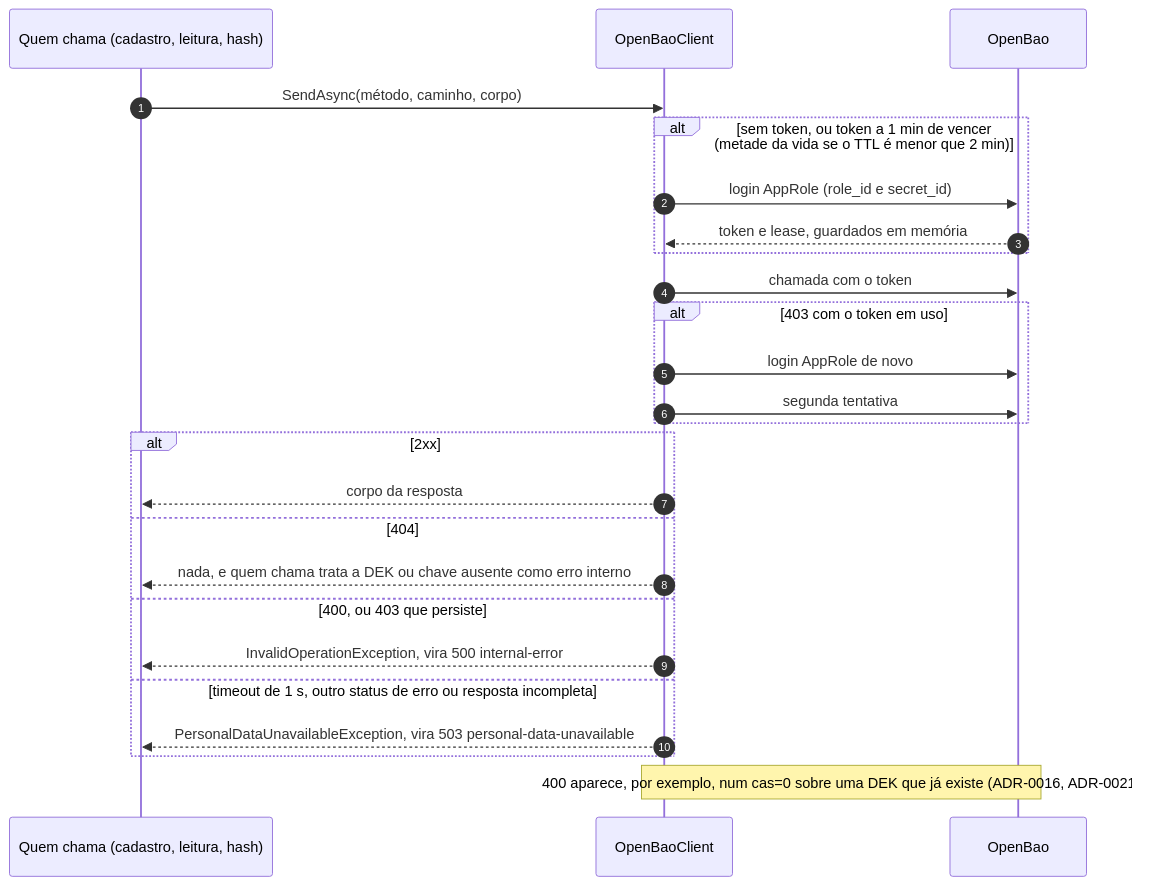
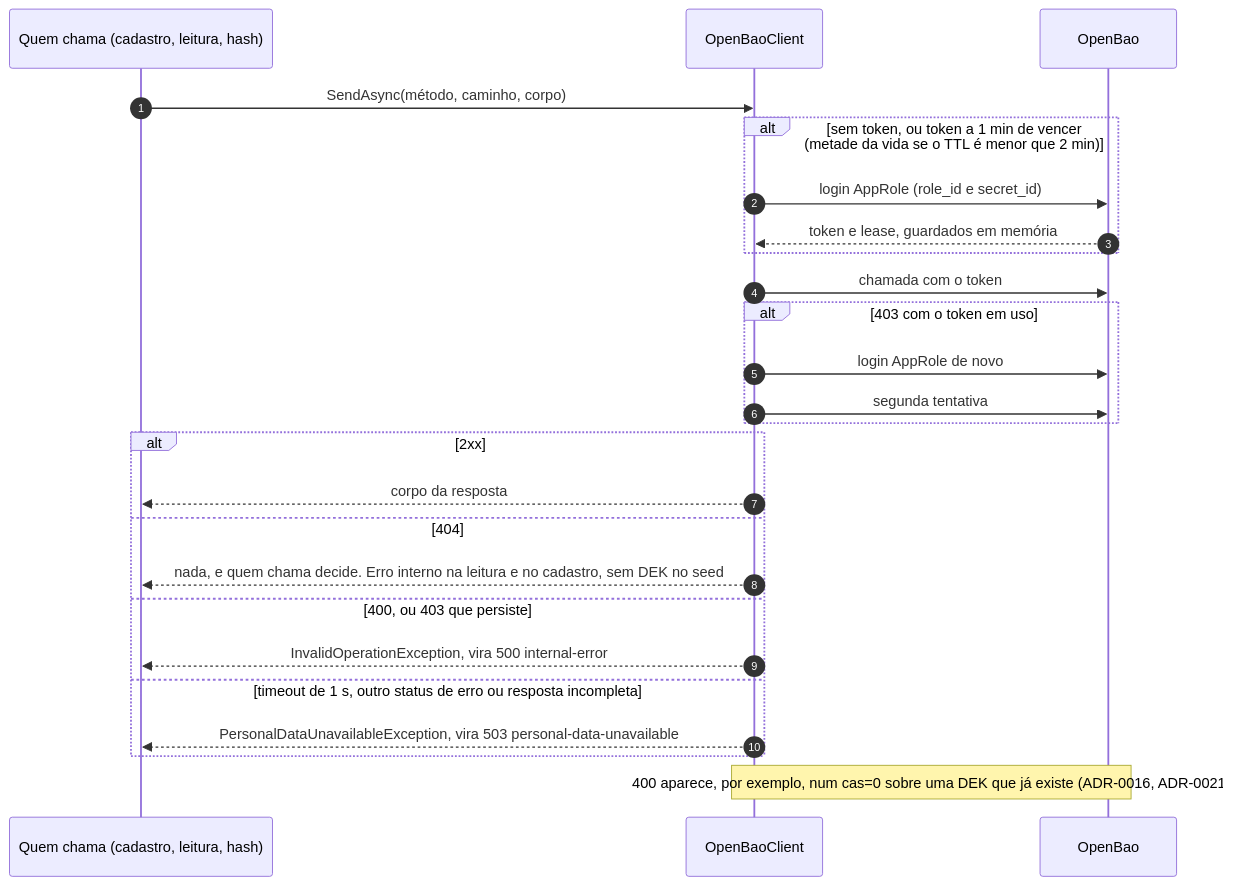
One commit to arthuurw/desafio-arquiteto-keyrus changed the third of 5 diagrams in docs/arquitetura/fluxos-customers.md. Above: the diagram before and after it, drawn with Mermaid. The commit also changed other lines of this file and 2 other files, not shown here.

First line of the commit message:
docs(fluxos): close the second flow check against HEAD

````diff
--- a/docs/arquitetura/fluxos-customers.md
+++ b/docs/arquitetura/fluxos-customers.md
@@ -138,28 +137,28 @@
 ```mermaid
 sequenceDiagram
   autonumber
   participant U as Quem chama (cadastro, leitura, hash)
   participant OB as OpenBaoClient
   participant V as OpenBao
 
   U->>OB: SendAsync(método, caminho, corpo)
   alt sem token, ou token a 1 min de vencer (metade da vida se o TTL é menor que 2 min)
     OB->>V: login AppRole (role_id e secret_id)
     V-->>OB: token e lease, guardados em memória
   end
   OB->>V: chamada com o token
   alt 403 com o token em uso
     OB->>V: login AppRole de novo
     OB->>V: segunda tentativa
   end
   alt 2xx
     OB-->>U: corpo da resposta
   else 404
-    OB-->>U: nada, e quem chama trata a DEK ou chave ausente como erro interno
+    OB-->>U: nada, e quem chama decide. Erro interno na leitura e no cadastro, sem DEK no seed
   else 400, ou 403 que persiste
     OB-->>U: InvalidOperationException, vira 500 internal-error
   else timeout de 1 s, outro status de erro ou resposta incompleta
     OB-->>U: PersonalDataUnavailableException, vira 503 personal-data-unavailable
   end
   Note over OB,V: 400 aparece, por exemplo, num cas=0 sobre uma DEK que já existe (ADR-0016, ADR-0021)
 ```
````
